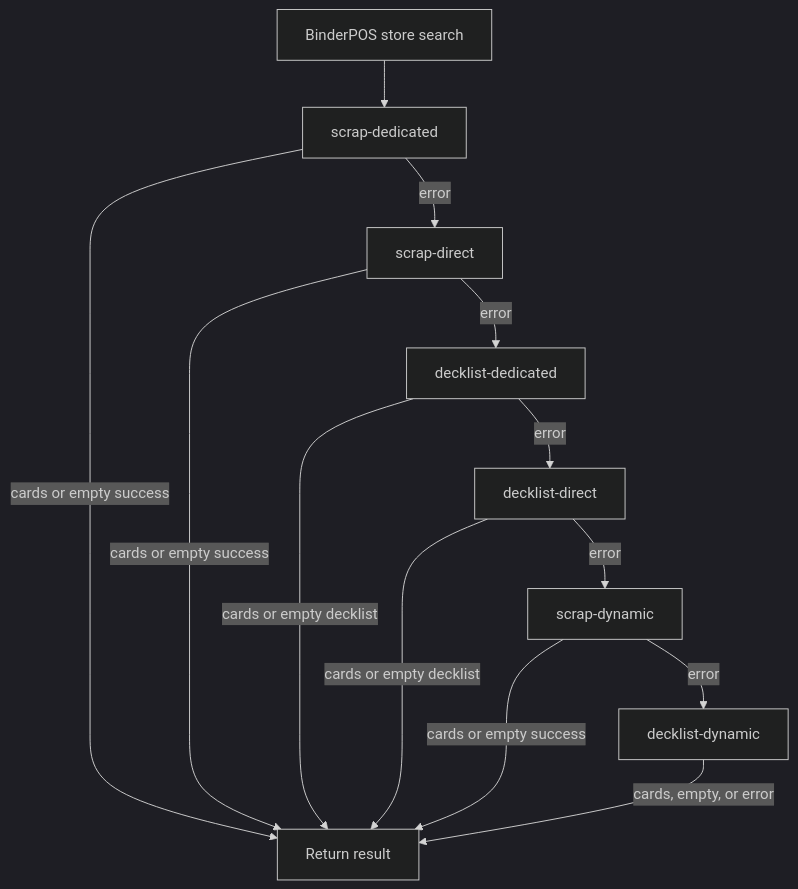
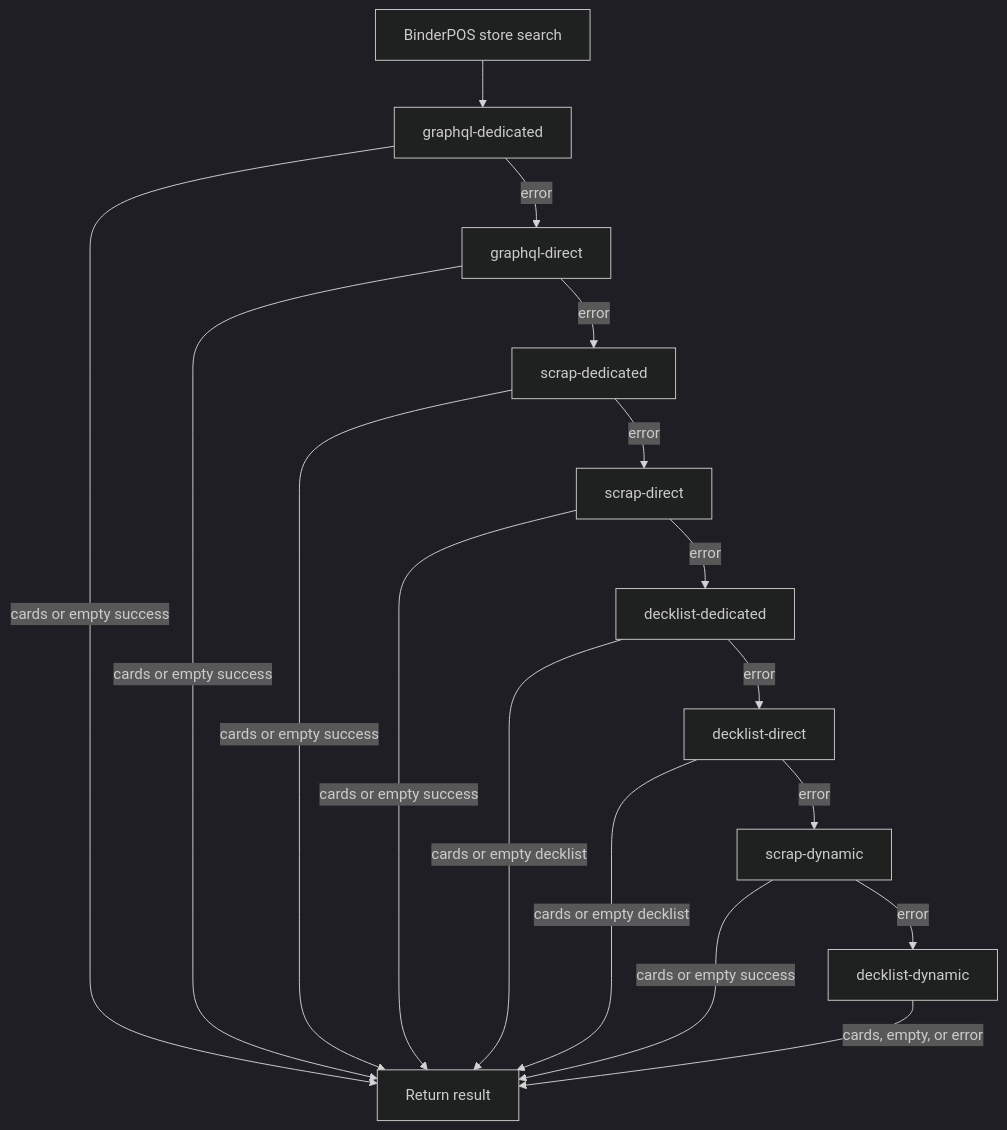
Before and after one commit to xenodus/gishathfetch: the fourth of 4 diagrams in README.md, drawn with Mermaid (dark theme). The commit also changed other lines of this file and 18 other files, not shown here.

First line of the commit message:
Add GraphQL-first BinderPOS search before HTML scrap (#303)

````diff
--- a/README.md
+++ b/README.md
@@ -266,15 +270,19 @@
 ```mermaid
 flowchart TD
-    A[BinderPOS store search] --> B[scrap-dedicated]
+    A[BinderPOS store search] --> G1[graphql-dedicated]
+    G1 -- error --> G2[graphql-direct]
+    G2 -- error --> B[scrap-dedicated]
     B -- error --> C[scrap-direct]
     C -- error --> F[decklist-dedicated]
     F -- error --> G[decklist-direct]
     G -- error --> D[scrap-dynamic]
     D -- error --> H[decklist-dynamic]
-    B -- cards or empty success --> E[Return result]
+    G1 -- cards or empty success --> E[Return result]
+    G2 -- cards or empty success --> E
+    B -- cards or empty success --> E
     C -- cards or empty success --> E
     F -- cards or empty decklist --> E
     G -- cards or empty decklist --> E
     D -- cards or empty success --> E
     H -- cards, empty, or error --> E
 ```
````
